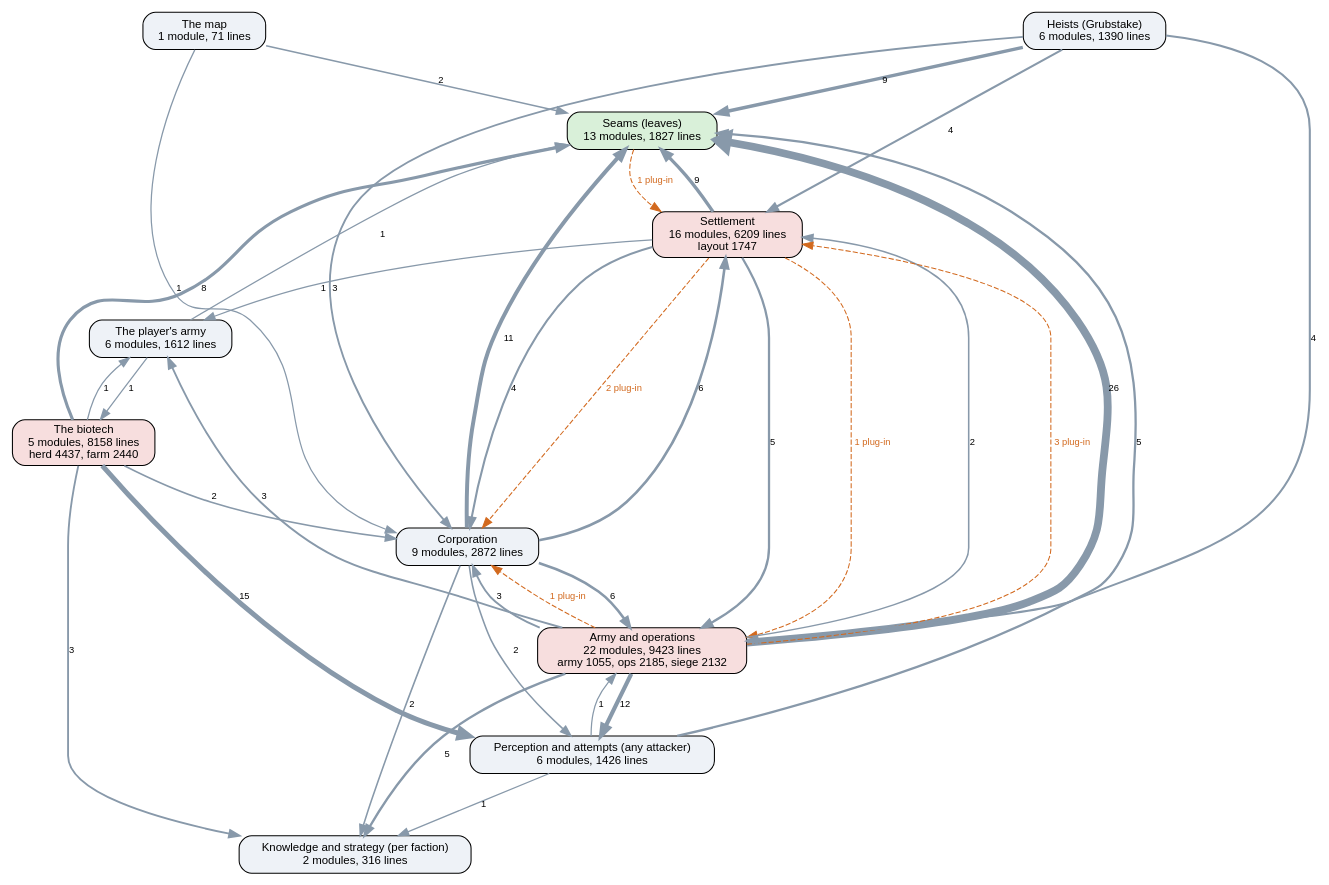
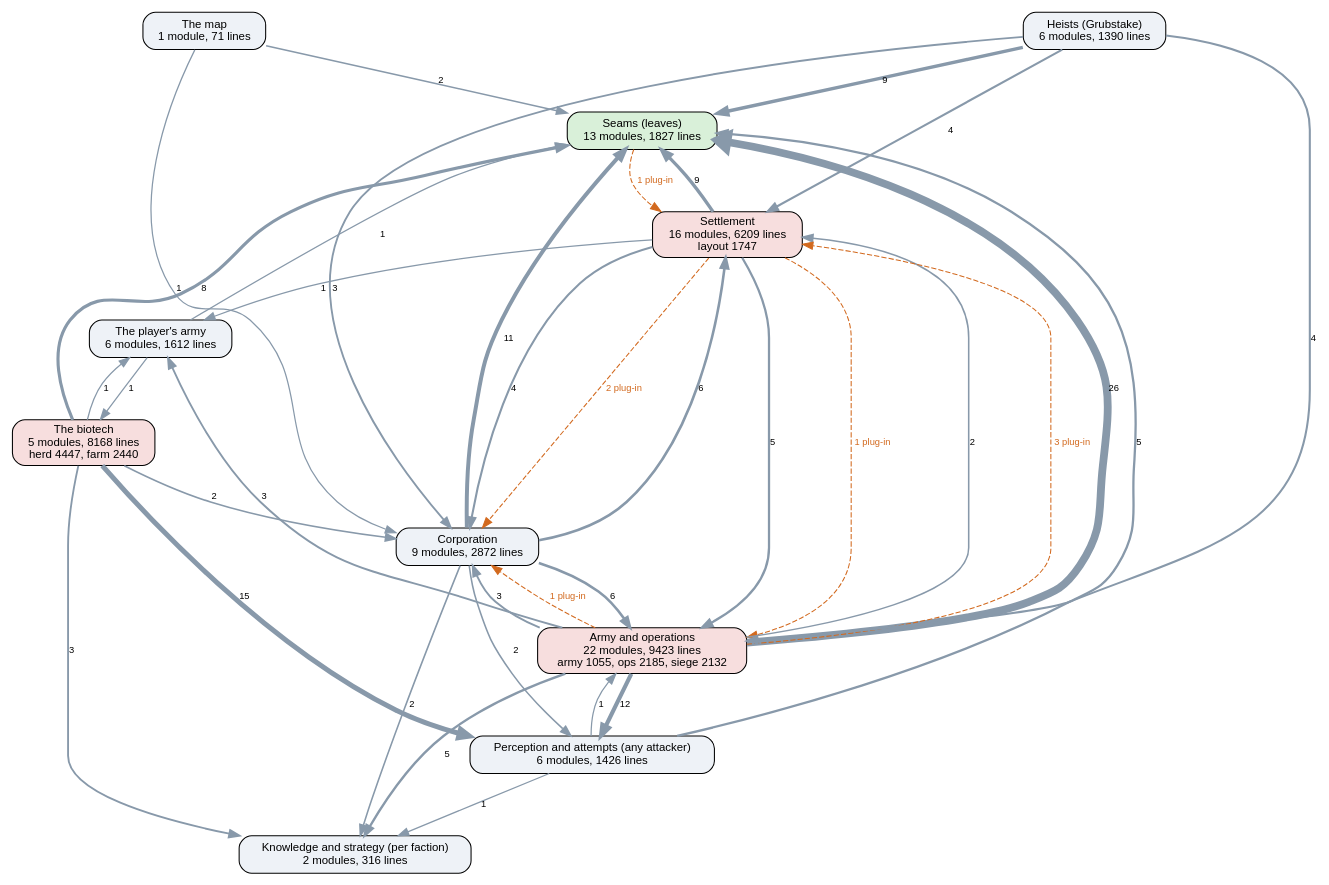
The diagram in docs/ai-layers.dot (kinelhu/landing-party), drawn with Graphviz before and after one commit. The commit also changed 8 other files, not shown here.

```diff
--- a/docs/ai-layers.dot
+++ b/docs/ai-layers.dot
@@ -1,51 +1,51 @@
 digraph layers {
   graph [rankdir=TB, fontname="Helvetica", nodesep=0.5, ranksep=0.7];
   node [shape=box, style="rounded,filled", fontname="Helvetica", fontsize=11, fillcolor="#eef2f7"];
   edge [color="#8899aa", fontname="Helvetica", fontsize=9];
   "Seams (leaves)" [label="Seams (leaves)\n13 modules, 1827 lines", fillcolor="#d9f0d9"];
   "Perception and attempts (any attacker)" [label="Perception and attempts (any attacker)\n6 modules, 1426 lines", fillcolor="#eef2f7"];
   "Knowledge and strategy (per faction)" [label="Knowledge and strategy (per faction)\n2 modules, 316 lines", fillcolor="#eef2f7"];
   "Corporation" [label="Corporation\n9 modules, 2872 lines", fillcolor="#eef2f7"];
   "Settlement" [label="Settlement\n16 modules, 6209 lines\nlayout 1747", fillcolor="#f7dede"];
   "Army and operations" [label="Army and operations\n22 modules, 9423 lines\narmy 1055, ops 2185, siege 2132", fillcolor="#f7dede"];
   "Heists (Grubstake)" [label="Heists (Grubstake)\n6 modules, 1390 lines", fillcolor="#eef2f7"];
-  "The biotech" [label="The biotech\n5 modules, 8158 lines\nherd 4437, farm 2440", fillcolor="#f7dede"];
+  "The biotech" [label="The biotech\n5 modules, 8168 lines\nherd 4447, farm 2440", fillcolor="#f7dede"];
   "The map" [label="The map\n1 module, 71 lines", fillcolor="#eef2f7"];
   "The player's army" [label="The player's army\n6 modules, 1612 lines", fillcolor="#eef2f7"];
   "Army and operations" -> "Corporation" [label="3", penwidth=1.8];
   "Army and operations" -> "Knowledge and strategy (per faction)" [label="5", penwidth=2.2];
   "Army and operations" -> "Perception and attempts (any attacker)" [label="12", penwidth=4.0];
   "Army and operations" -> "Seams (leaves)" [label="26", penwidth=7.5];
   "Army and operations" -> "Settlement" [label="2", penwidth=1.5];
   "Army and operations" -> "The player's army" [label="3", penwidth=1.8];
   "Corporation" -> "Army and operations" [label="6", penwidth=2.5];
   "Corporation" -> "Knowledge and strategy (per faction)" [label="2", penwidth=1.5];
   "Corporation" -> "Perception and attempts (any attacker)" [label="2", penwidth=1.5];
   "Corporation" -> "Seams (leaves)" [label="11", penwidth=3.8];
   "Corporation" -> "Settlement" [label="6", penwidth=2.5];
   "Heists (Grubstake)" -> "Army and operations" [label="4", penwidth=2.0];
   "Heists (Grubstake)" -> "Corporation" [label="3", penwidth=1.8];
   "Heists (Grubstake)" -> "Seams (leaves)" [label="9", penwidth=3.2];
   "Heists (Grubstake)" -> "Settlement" [label="4", penwidth=2.0];
   "Perception and attempts (any attacker)" -> "Army and operations" [label="1", penwidth=1.2];
   "Perception and attempts (any attacker)" -> "Knowledge and strategy (per faction)" [label="1", penwidth=1.2];
   "Perception and attempts (any attacker)" -> "Seams (leaves)" [label="5", penwidth=2.2];
   "Settlement" -> "Army and operations" [label="5", penwidth=2.2];
   "Settlement" -> "Corporation" [label="4", penwidth=2.0];
   "Settlement" -> "Seams (leaves)" [label="9", penwidth=3.2];
   "Settlement" -> "The player's army" [label="1", penwidth=1.2];
   "The biotech" -> "Corporation" [label="2", penwidth=1.5];
   "The biotech" -> "Knowledge and strategy (per faction)" [label="3", penwidth=1.8];
   "The biotech" -> "Perception and attempts (any attacker)" [label="15", penwidth=4.8];
   "The biotech" -> "Seams (leaves)" [label="8", penwidth=3.0];
   "The biotech" -> "The player's army" [label="1", penwidth=1.2];
   "The map" -> "Corporation" [label="1", penwidth=1.2];
   "The map" -> "Seams (leaves)" [label="2", penwidth=1.5];
   "The player's army" -> "Seams (leaves)" [label="1", penwidth=1.2];
   "The player's army" -> "The biotech" [label="1", penwidth=1.2];
   "Army and operations" -> "Corporation" [style=dashed, color="#d2691e", fontcolor="#d2691e", label="1 plug-in"];
   "Army and operations" -> "Settlement" [style=dashed, color="#d2691e", fontcolor="#d2691e", label="3 plug-in"];
   "Seams (leaves)" -> "Settlement" [style=dashed, color="#d2691e", fontcolor="#d2691e", label="1 plug-in"];
   "Settlement" -> "Army and operations" [style=dashed, color="#d2691e", fontcolor="#d2691e", label="1 plug-in"];
   "Settlement" -> "Corporation" [style=dashed, color="#d2691e", fontcolor="#d2691e", label="2 plug-in"];
 }
```
